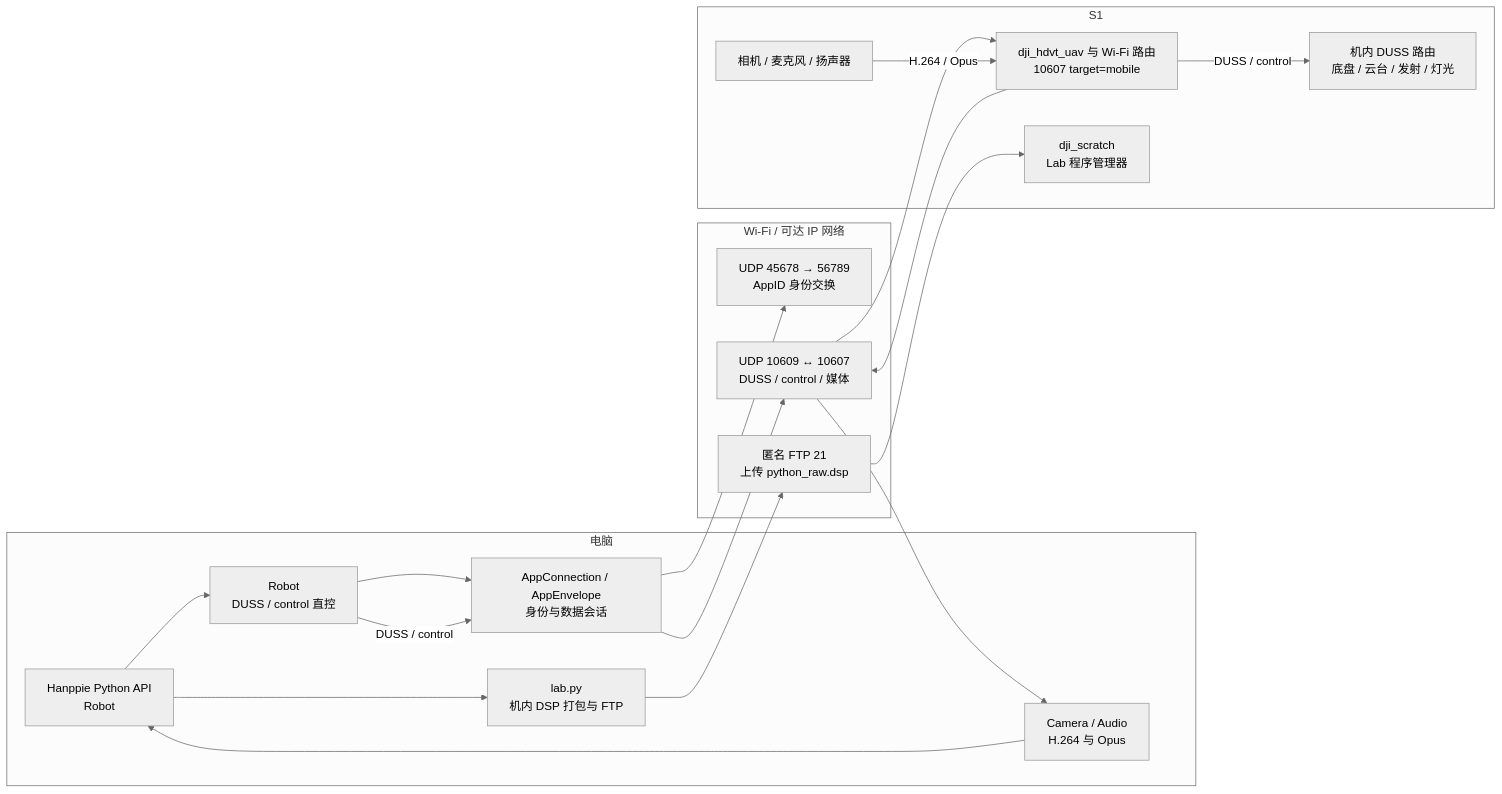
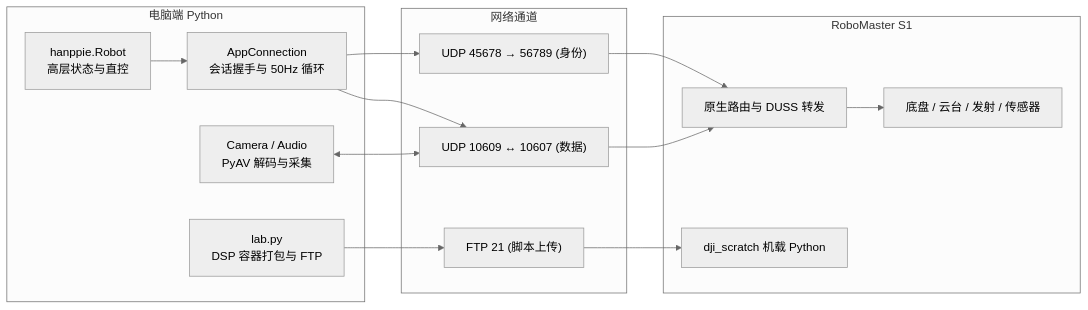
The eighth of 9 diagrams in docs/architecture.md (elonzh/hanppie), drawn with Mermaid (neutral theme) before and after one commit. The commit also changed other lines of this file and 1 other file, not shown here.

````diff
--- a/docs/architecture.md
+++ b/docs/architecture.md
@@ -255,30 +326,28 @@
 ```mermaid
 flowchart LR
-    subgraph HOST["电脑"]
-        ENTRY["Hanppie Python API<br/>Robot"]
-        ROBOTHOST["Robot<br/>DUSS / control 直控"]
-        APPHOST["AppConnection / AppEnvelope<br/>身份与数据会话"]
-        MEDIAHOST["Camera / Audio<br/>H.264 与 Opus"]
-        LABHOST["lab.py<br/>机内 DSP 打包与 FTP"]
+    subgraph HOST["电脑端 Python"]
+        ROBOT["hanppie.Robot<br/>高层状态与直控"]
+        CONN["AppConnection<br/>会话握手与 50Hz 循环"]
+        MEDIA["Camera / Audio<br/>PyAV 解码与采集"]
+        LAB["lab.py<br/>DSP 容器打包与 FTP"]
     end
 
-    subgraph NETWORK["Wi-Fi / 可达 IP 网络"]
-        IDNET["UDP 45678 → 56789<br/>AppID 身份交换"]
-        DATANET["UDP 10609 ↔ 10607<br/>DUSS / control / 媒体"]
-        FTP["匿名 FTP 21<br/>上传 python_raw.dsp"]
+    subgraph NET["网络通道"]
+        IDNET["UDP 45678 → 56789 (身份)"]
+        DATANET["UDP 10609 ↔ 10607 (数据)"]
+        FTPNET["FTP 21 (脚本上传)"]
     end
 
-    subgraph ROBOT["S1"]
-        HDVT["dji_hdvt_uav 与 Wi-Fi 路由<br/>10607 target=mobile"]
-        SCRATCH["dji_scratch<br/>Lab 程序管理器"]
-        DUSS["机内 DUSS 路由<br/>底盘 / 云台 / 发射 / 灯光"]
-        MEDIA["相机 / 麦克风 / 扬声器"]
+    subgraph S1["RoboMaster S1"]
+        ROUTER["原生路由与 DUSS 转发"]
+        CORE_SYS["底盘 / 云台 / 发射 / 传感器"]
+        SCRATCH["dji_scratch 机载 Python"]
     end
 
-    ENTRY --> ROBOTHOST --> APPHOST --> IDNET
-    APPHOST --> DATANET --> HDVT
-    ROBOTHOST -->|"DUSS / control"| APPHOST
-    ENTRY --> LABHOST --> FTP --> SCRATCH
-    HDVT -->|"DUSS / control"| DUSS
-    MEDIA -->|"H.264 / Opus"| HDVT --> DATANET --> MEDIAHOST --> ENTRY
+    ROBOT --> CONN
+    CONN --> IDNET --> ROUTER
+    CONN --> DATANET --> ROUTER
+    ROUTER --> CORE_SYS
+    LAB --> FTPNET --> SCRATCH
+    MEDIA <--> DATANET
 ```
````
